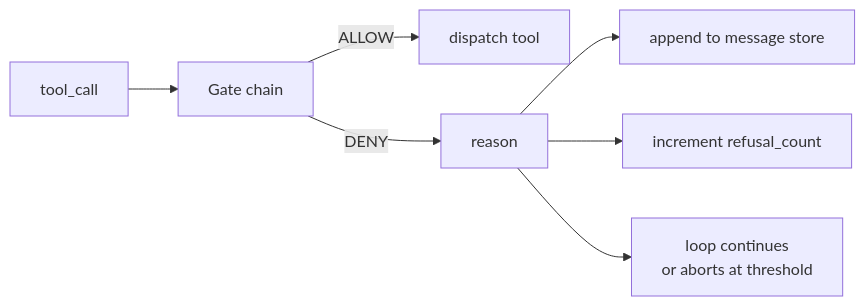
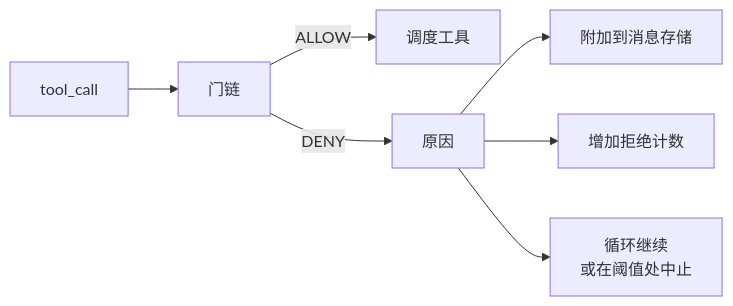
Before and after one commit to guangningsun/ailearning: the first of 2 diagrams in lessons/19-capstone-projects/25-verification-gates-observation-budget/docs/zh.md, drawn with Mermaid. The commit also changed other lines of this file and 85 other files, not shown here.

````diff
--- a/lessons/19-capstone-projects/25-verification-gates-observation-budget/docs/zh.md
+++ b/lessons/19-capstone-projects/25-verification-gates-observation-budget/docs/zh.md
@@ -32,9 +32,9 @@
 ```mermaid
 flowchart LR
-  Call[tool_call] --> Chain[Gate chain]
-  Chain -->|ALLOW| Dispatch[dispatch tool]
-  Chain -->|DENY| Reason[reason]
-  Reason --> Store[append to message store]
-  Reason --> Refusal[increment refusal_count]
-  Reason --> Loop[loop continues<br/>or aborts at threshold]
+  Call[tool_call] --> Chain[门链]
+  Chain -->|ALLOW| Dispatch[调度工具]
+  Chain -->|DENY| Reason[原因]
+  Reason --> Store[附加到消息存储]
+  Reason --> Refusal[增加拒绝计数]
+  Reason --> Loop[循环继续<br/>或在阈值处中止]
 ```
````
